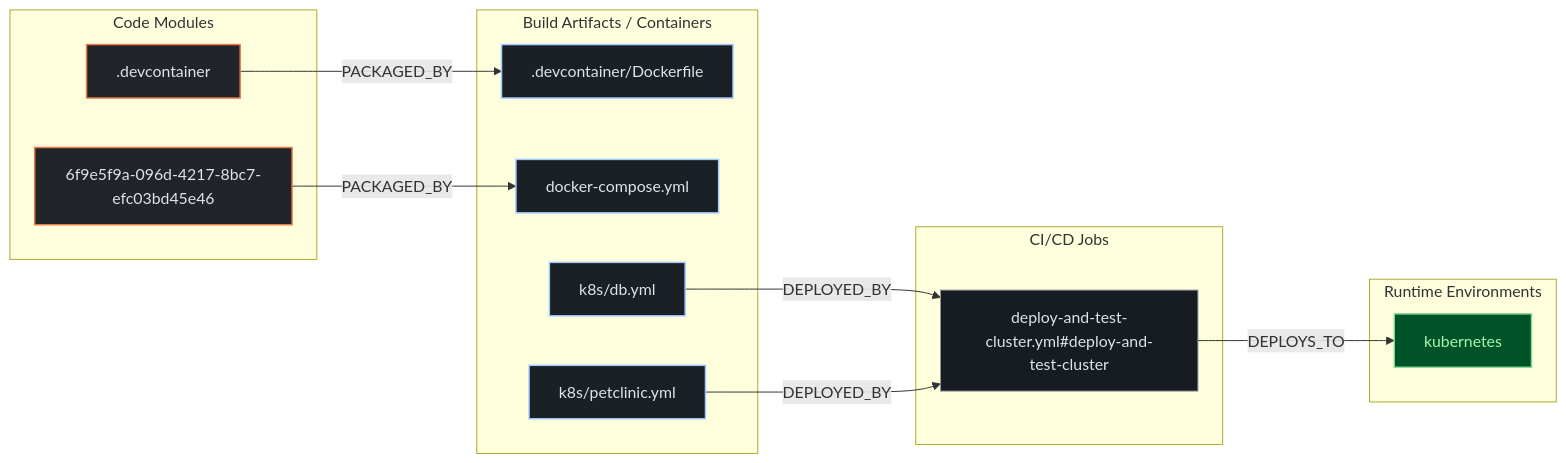
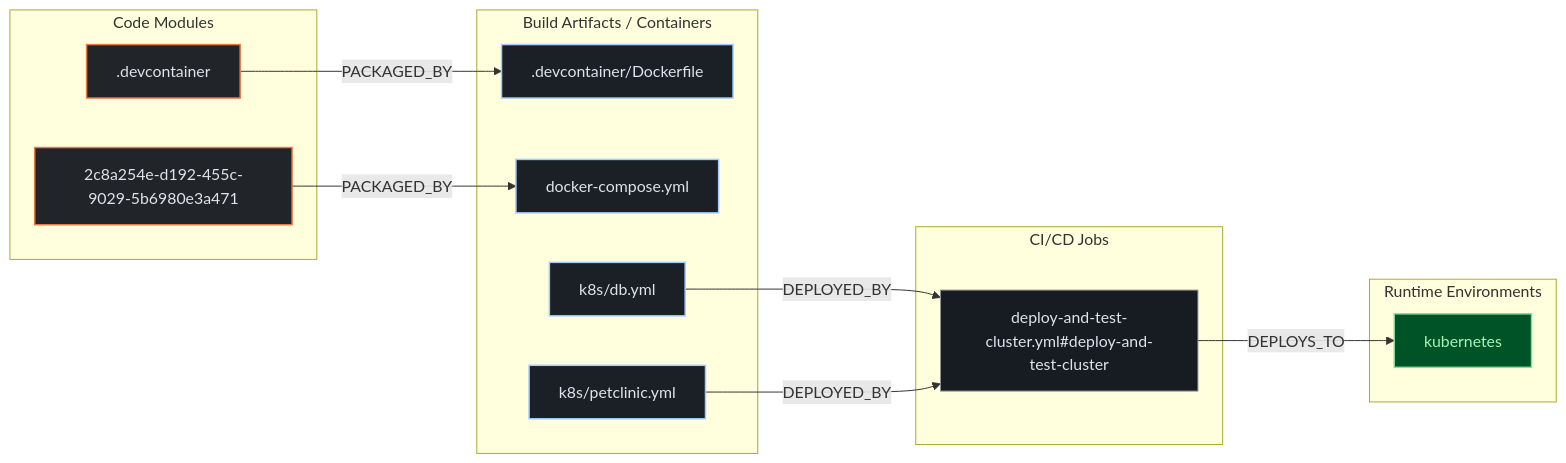
One commit to kumarshaz/atruss-code-atlas changed the second of 3 diagrams in exports/latest/reports/spring-projects-spring-petclinic-report.md. Above: the diagram before and after it, drawn with Mermaid. The commit also changed other lines of this file and 51 other files, not shown here.

````diff
--- a/exports/latest/reports/spring-projects-spring-petclinic-report.md
+++ b/exports/latest/reports/spring-projects-spring-petclinic-report.md
@@ -210,29 +210,29 @@
 ```mermaid
 flowchart LR
     %% title: Code-to-Cloud Deployment Traceability
     classDef atlasCategory fill:#212428,stroke:#E87A48,stroke-width:1.5px,color:#dfe3eb
     classDef atlasWorkflow fill:#1b2026,stroke:#a3c9ff,stroke-width:1.5px,color:#dfe3eb
     classDef atlasJob fill:#171c22,stroke:#8d9199,stroke-width:1px,color:#dfe3eb
     classDef atlasTarget fill:#005227,stroke:#8bd99b,stroke-width:1.5px,color:#a7f6b6
     subgraph code_modules["Code Modules"]
         mod__devcontainer[".devcontainer"]:::atlasCategory
-        mod_6f9e5f9a_096d_4217_8bc7_efc03bd45e46["6f9e5f9a-096d-4217-8bc7-efc03bd45e46"]:::atlasCategory
+        mod_2c8a254e_d192_455c_9029_5b6980e3a471["2c8a254e-d192-455c-9029-5b6980e3a471"]:::atlasCategory
     end
     subgraph build_artifacts["Build Artifacts / Containers"]
         art__devcontainer_Dockerfile[".devcontainer/Dockerfile"]:::atlasWorkflow
         art_docker_compose_yml["docker-compose.yml"]:::atlasWorkflow
         art_k8s_db_yml["k8s/db.yml"]:::atlasWorkflow
         art_k8s_petclinic_yml["k8s/petclinic.yml"]:::atlasWorkflow
     end
     subgraph ci_jobs["CI/CD Jobs"]
         job_deploy_and_test_cluster_yml_deploy_and_test_cluster["deploy-and-test-cluster.yml#deploy-and-test-cluster"]:::atlasJob
     end
     subgraph runtime_envs["Runtime Environments"]
         env_kubernetes["kubernetes"]:::atlasTarget
     end
     job_deploy_and_test_cluster_yml_deploy_and_test_cluster -->|DEPLOYS_TO| env_kubernetes
     mod__devcontainer -->|PACKAGED_BY| art__devcontainer_Dockerfile
-    mod_6f9e5f9a_096d_4217_8bc7_efc03bd45e46 -->|PACKAGED_BY| art_docker_compose_yml
+    mod_2c8a254e_d192_455c_9029_5b6980e3a471 -->|PACKAGED_BY| art_docker_compose_yml
     art_k8s_db_yml -->|DEPLOYED_BY| job_deploy_and_test_cluster_yml_deploy_and_test_cluster
     art_k8s_petclinic_yml -->|DEPLOYED_BY| job_deploy_and_test_cluster_yml_deploy_and_test_cluster
 ```
````
